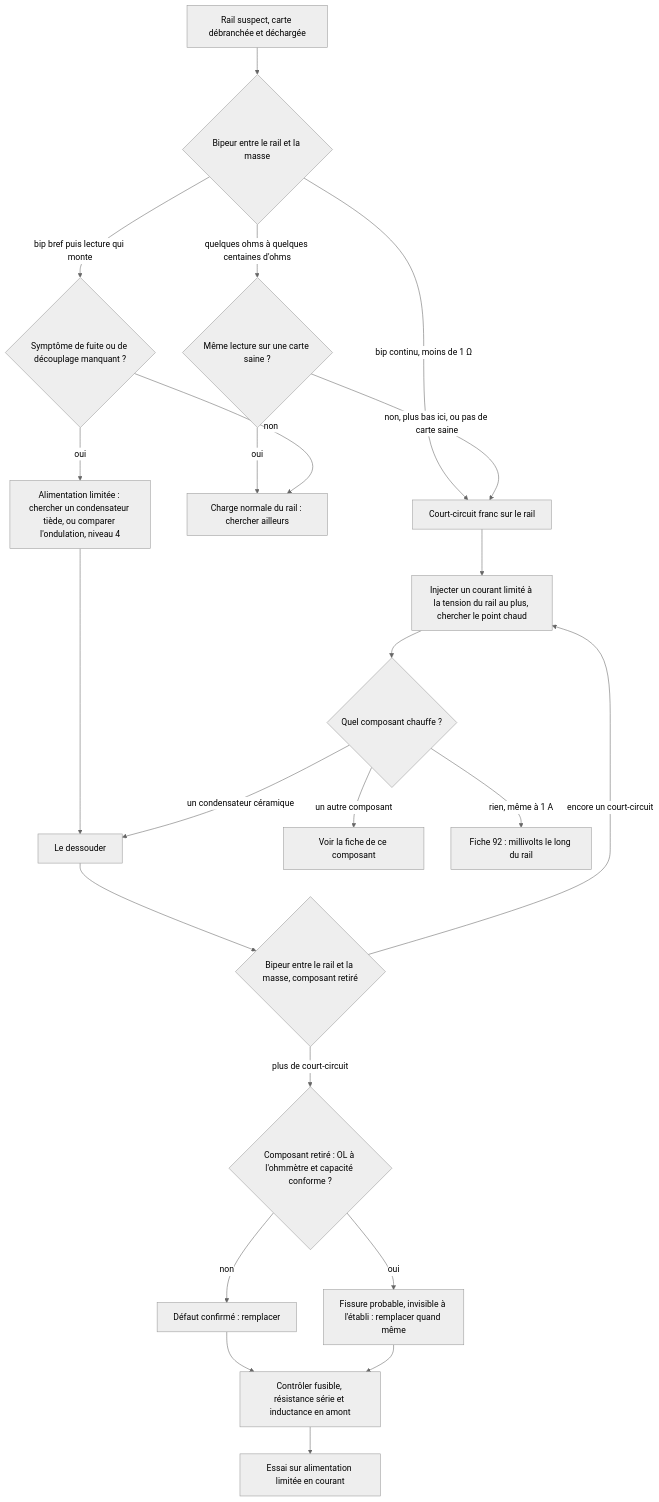
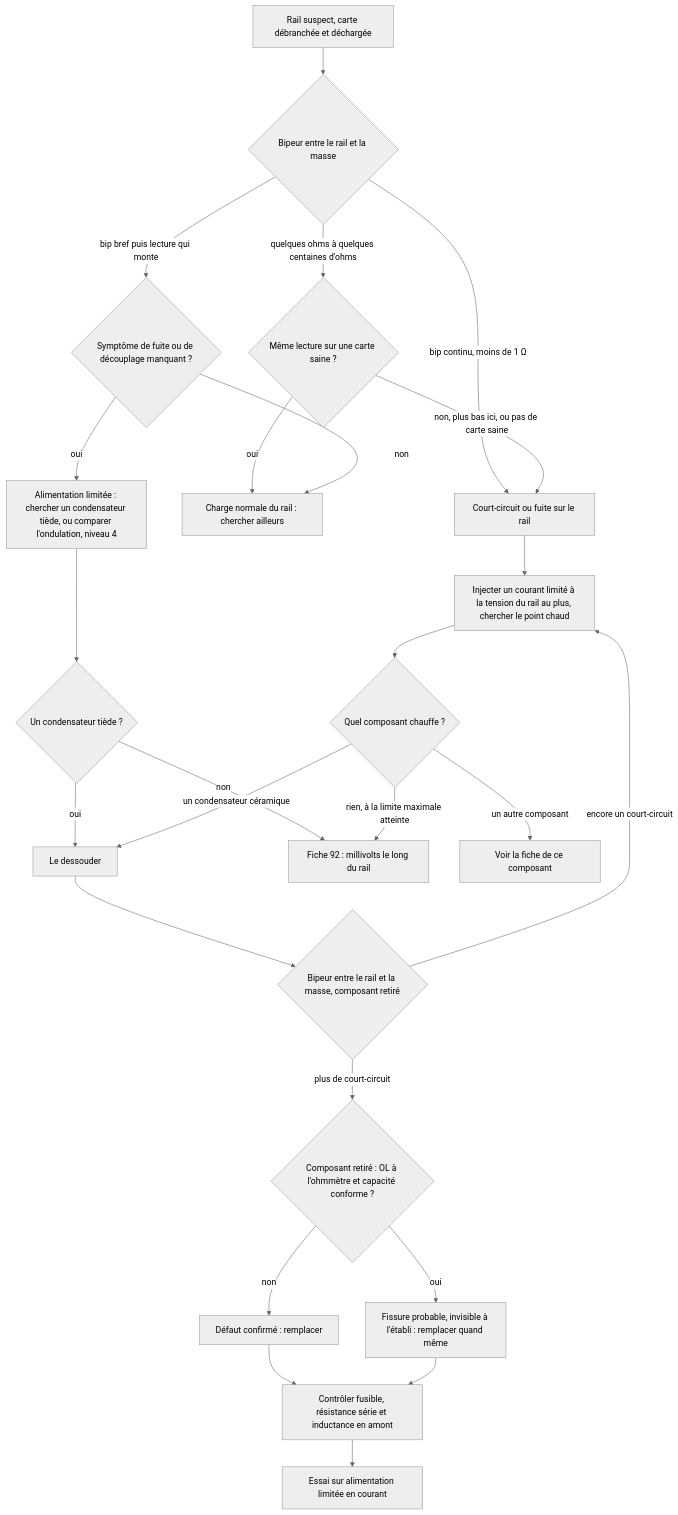
The diagram in troubleshooting/20_condensateur_ceramique/README.md (benoit-bremaud/ohm-sweet-ohm), drawn with Mermaid (neutral theme) before and after one commit. The commit also changed other lines of this file and 16 other files, not shown here.

````diff
--- a/troubleshooting/20_condensateur_ceramique/README.md
+++ b/troubleshooting/20_condensateur_ceramique/README.md
@@ -161,25 +164,27 @@
 ```mermaid
 flowchart TD
   A[Rail suspect, carte débranchée et déchargée] --> B{Bipeur entre le rail et la masse}
-  B -- bip continu, moins de 1 Ω --> C[Court-circuit franc sur le rail]
+  B -- bip continu, moins de 1 Ω --> C[Court-circuit ou fuite sur le rail]
   B -- quelques ohms à quelques centaines d'ohms --> D{Même lecture sur une carte saine ?}
   D -- oui --> E[Charge normale du rail : chercher ailleurs]
   D -- non, plus bas ici, ou pas de carte saine --> C
   B -- bip bref puis lecture qui monte --> F{Symptôme de fuite ou de découplage manquant ?}
   F -- non --> E
   F -- oui --> G[Alimentation limitée : chercher un condensateur tiède, ou comparer l'ondulation, niveau 4]
-  G --> J
+  G --> G2{Un condensateur tiède ?}
+  G2 -- oui --> J
+  G2 -- non --> L
   C --> H[Injecter un courant limité à la tension du rail au plus, chercher le point chaud]
   H --> I{Quel composant chauffe ?}
   I -- un condensateur céramique --> J[Le dessouder]
   I -- un autre composant --> K[Voir la fiche de ce composant]
-  I -- rien, même à 1 A --> L[Fiche 92 : millivolts le long du rail]
+  I -- rien, à la limite maximale atteinte --> L[Fiche 92 : millivolts le long du rail]
   J --> M{Bipeur entre le rail et la masse, composant retiré}
   M -- encore un court-circuit --> H
   M -- plus de court-circuit --> N{Composant retiré : OL à l'ohmmètre et capacité conforme ?}
   N -- non --> O[Défaut confirmé : remplacer]
   N -- oui --> P[Fissure probable, invisible à l'établi : remplacer quand même]
   O --> Q[Contrôler fusible, résistance série et inductance en amont]
   P --> Q
   Q --> R[Essai sur alimentation limitée en courant]
 ```
````
